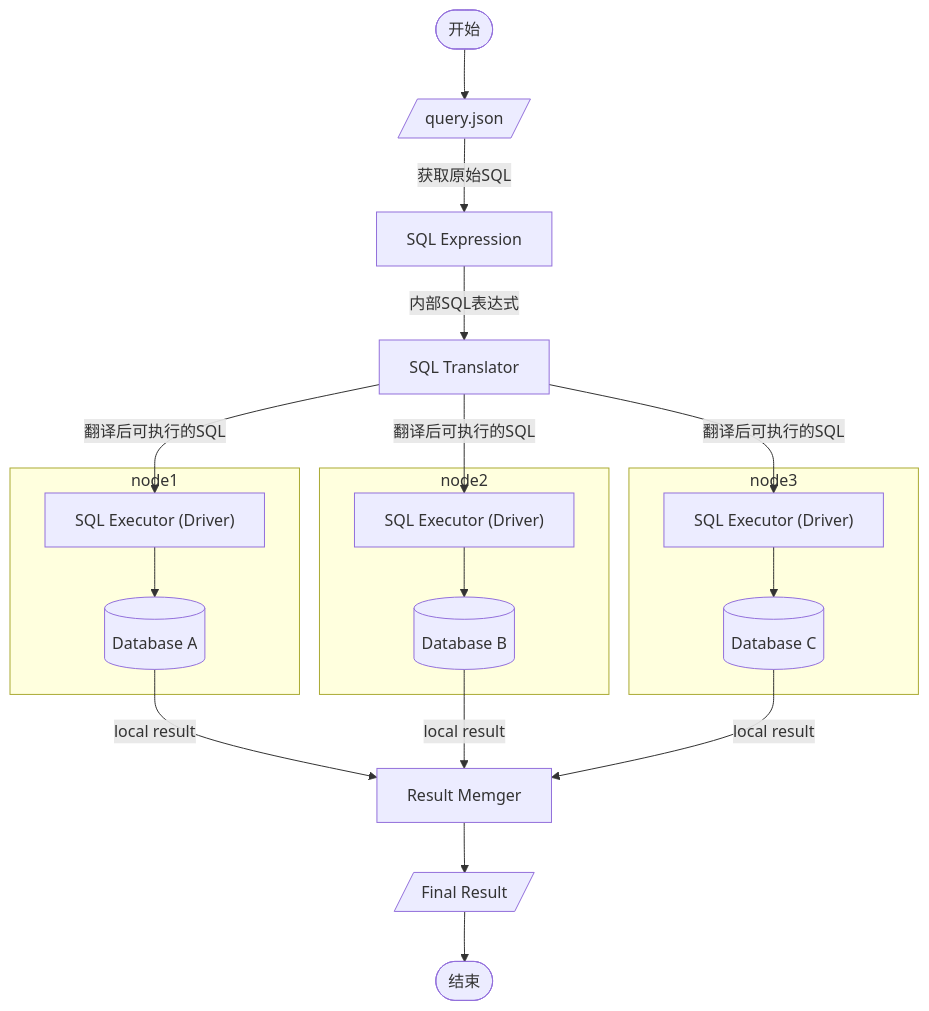
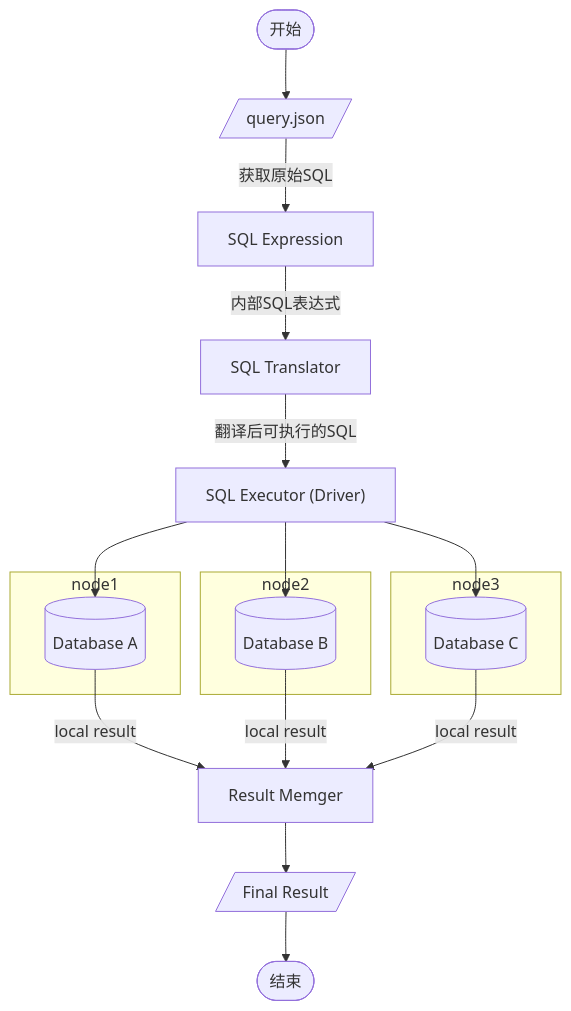
The second of 3 diagrams in README.md (ChengziCao/FederateDBSystem), drawn with Mermaid before and after one commit. The commit also changed other lines of this file, not shown here.

````diff
--- a/README.md
+++ b/README.md
@@ -86,37 +88,36 @@
 ```mermaid
 graph TD
     start([开始])
     start-->d1_input2
 
 d1_input2[/query.json/]    
 d1_input2-->|获取原始SQL|d1_expresssion[SQL Expression]
 d1_expresssion-->|"内部SQL表达式"|d1_translator[SQL Translator]
 
 d1_translator-->|翻译后可执行的SQL|d1_executor["SQL Executor (Driver)"]
-d1_translator-->|翻译后可执行的SQL|d2_executor["SQL Executor (Driver)"]
-d1_translator-->|翻译后可执行的SQL|d3_executor["SQL Executor (Driver)"]
-
+%% d1_translator-->|翻译后可执行的SQL|d2_executor["SQL Executor (Driver)"]
+%% d1_translator-->|翻译后可执行的SQL|d3_executor["SQL Executor (Driver)"]
+d1_executor --> DB_A[(Database A)]
+d1_executor --> DB_B[(Database A)]
+d1_executor --> DB_C[(Database A)]
 
 subgraph node1
-    d1_executor
-    d1_executor --> DB_A[(Database A)]
+    DB_A[(Database A)]
 end
 
 subgraph node2
-    d2_executor
-    d2_executor --> DB_B[(Database B)]
+    DB_B[(Database B)]
 end
 
 subgraph node3
-    d3_executor
-    d3_executor --> DB_C[(Database C)]
+    DB_C[(Database C)]
 end
 
 memger[Result Memger]
 DB_A-->|local result|memger
 DB_B-->|local result|memger
 DB_C-->|local result|memger
 
 memger-->final_resulat[/Final Result/]
 final_resulat-->end_([结束])
 ```
````
